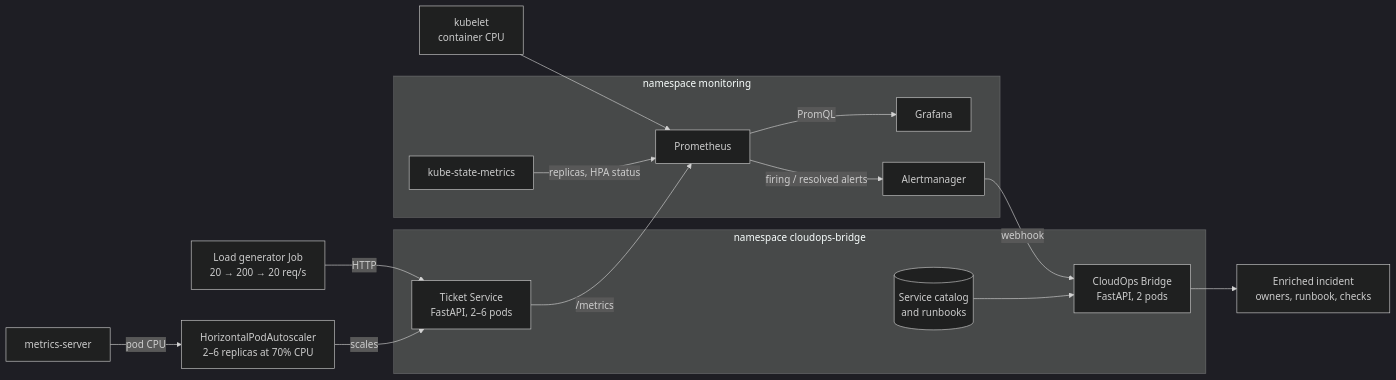
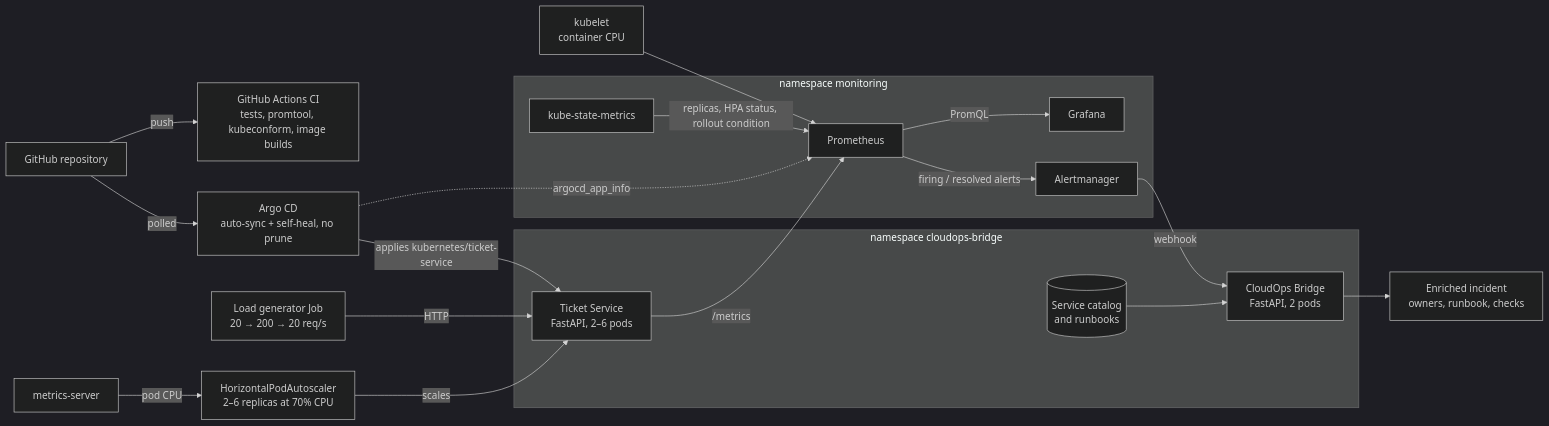
The diagram in README.md (rithikkampa7-pixel/cloudops-bridge), drawn with Mermaid (dark theme) before and after one commit. The commit also changed other lines of this file and 9 other files, not shown here.

````diff
--- a/README.md
+++ b/README.md
@@ -51,29 +68,34 @@
 ```mermaid
 flowchart LR
+    GIT["GitHub repository"] -->|push| CI["GitHub Actions CI<br/>tests, promtool, kubeconform, image builds"]
+    GIT -->|polled| ARGO["Argo CD<br/>auto-sync + self-heal, no prune"]
+    ARGO -->|applies kubernetes/ticket-service| TS
+
     LG["Load generator Job<br/>20 → 200 → 20 req/s"] -->|HTTP| TS
 
     subgraph app["namespace cloudops-bridge"]
         TS["Ticket Service<br/>FastAPI, 2–6 pods"]
         BR["CloudOps Bridge<br/>FastAPI, 2 pods"]
         CAT[("Service catalog<br/>and runbooks")]
     end
 
     MS["metrics-server"] -->|pod CPU| HPA["HorizontalPodAutoscaler<br/>2–6 replicas at 70% CPU"]
     HPA -->|scales| TS
 
     subgraph mon["namespace monitoring"]
         P["Prometheus"]
         G["Grafana"]
         AM["Alertmanager"]
         KSM["kube-state-metrics"]
     end
 
     TS -->|/metrics| P
     KL["kubelet<br/>container CPU"] --> P
-    KSM -->|replicas, HPA status| P
+    KSM -->|replicas, HPA status, rollout condition| P
+    ARGO -.->|argocd_app_info| P
     P -->|PromQL| G
     P -->|firing / resolved alerts| AM
     AM -->|webhook| BR
     CAT --> BR
     BR --> INC["Enriched incident<br/>owners, runbook, checks"]
 ```
````
